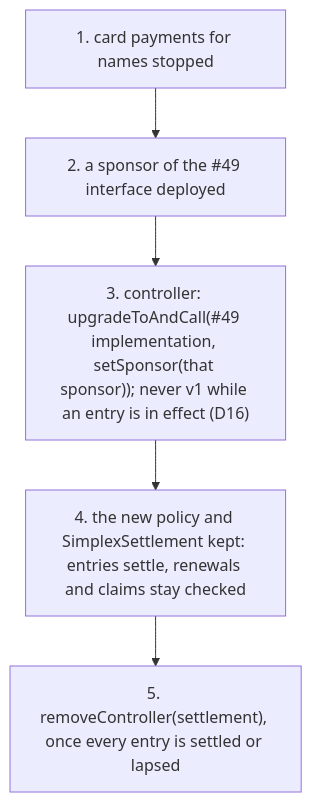
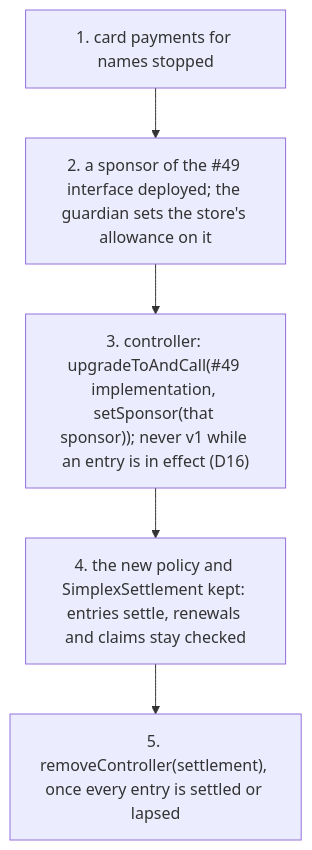
The seventh of 8 diagrams in docs/plans/payment-reversal.md (brenzi-agent/simplex-namespace-contract), drawn with Mermaid before and after one commit. The commit also changed other lines of this file, not shown here.

````diff
--- a/docs/plans/payment-reversal.md
+++ b/docs/plans/payment-reversal.md
@@ -479,7 +491,7 @@
 ```mermaid
 flowchart TD
-  r1["1. card payments for names stopped"] --> r2["2. a sponsor of the #49 interface deployed"]
+  r1["1. card payments for names stopped"] --> r2["2. a sponsor of the #49 interface deployed; the guardian sets the store's allowance on it"]
   r2 --> r3["3. controller: upgradeToAndCall(#49 implementation, setSponsor(that sponsor)); never v1 while an entry is in effect (D16)"]
   r3 --> r4["4. the new policy and SimplexSettlement kept: entries settle, renewals and claims stay checked"]
   r4 --> r5["5. removeController(settlement), once every entry is settled or lapsed"]
 ```
````
